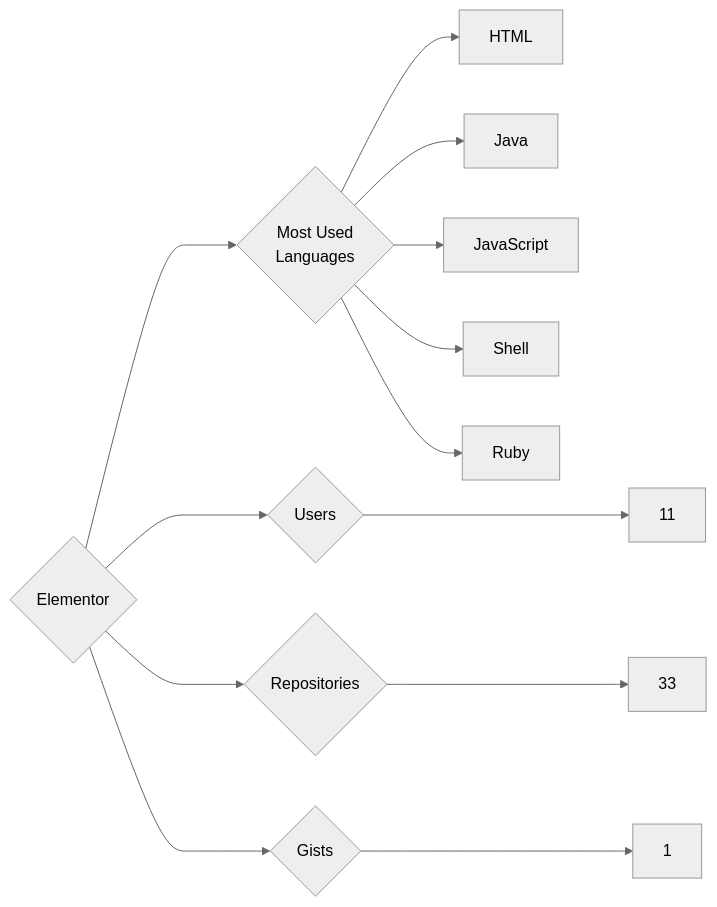
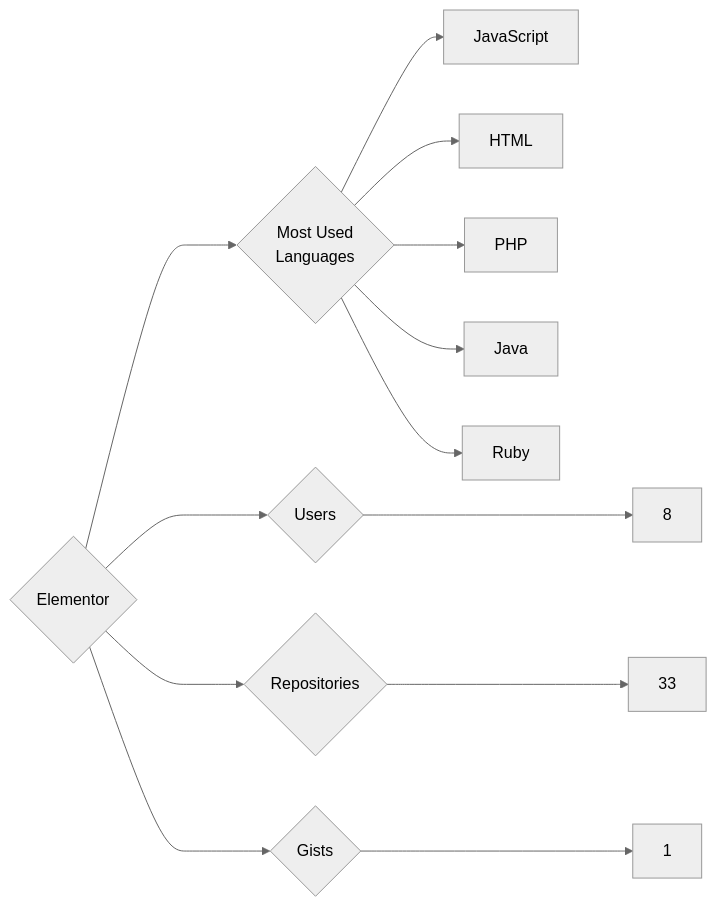
Before and after one commit to trickest/insiders: the diagram in targets/Elementor/README.md, drawn with Mermaid (neutral theme). The commit also changed 1175 other files, not shown here.

````diff
--- a/targets/Elementor/README.md
+++ b/targets/Elementor/README.md
@@ -3,13 +3,13 @@
 ```mermaid
 graph LR
 COMPANY_NAME{Elementor}
-COMPANY_NAME ---> U{Users} ---> UN[11]
+COMPANY_NAME ---> U{Users} ---> UN[8]
 COMPANY_NAME ---> R{Repositories} ---> RN[33]
 COMPANY_NAME ---> G{Gists} ---> GN[1]
 COMPANY_NAME ---> ML{Most Used<br>Languages}
+ML --> JavaScript[JavaScript]
 ML --> HTML[HTML]
+ML --> PHP[PHP]
 ML --> Java[Java]
-ML --> JavaScript[JavaScript]
-ML --> Shell[Shell]
 ML --> Ruby[Ruby]
 ```
````
